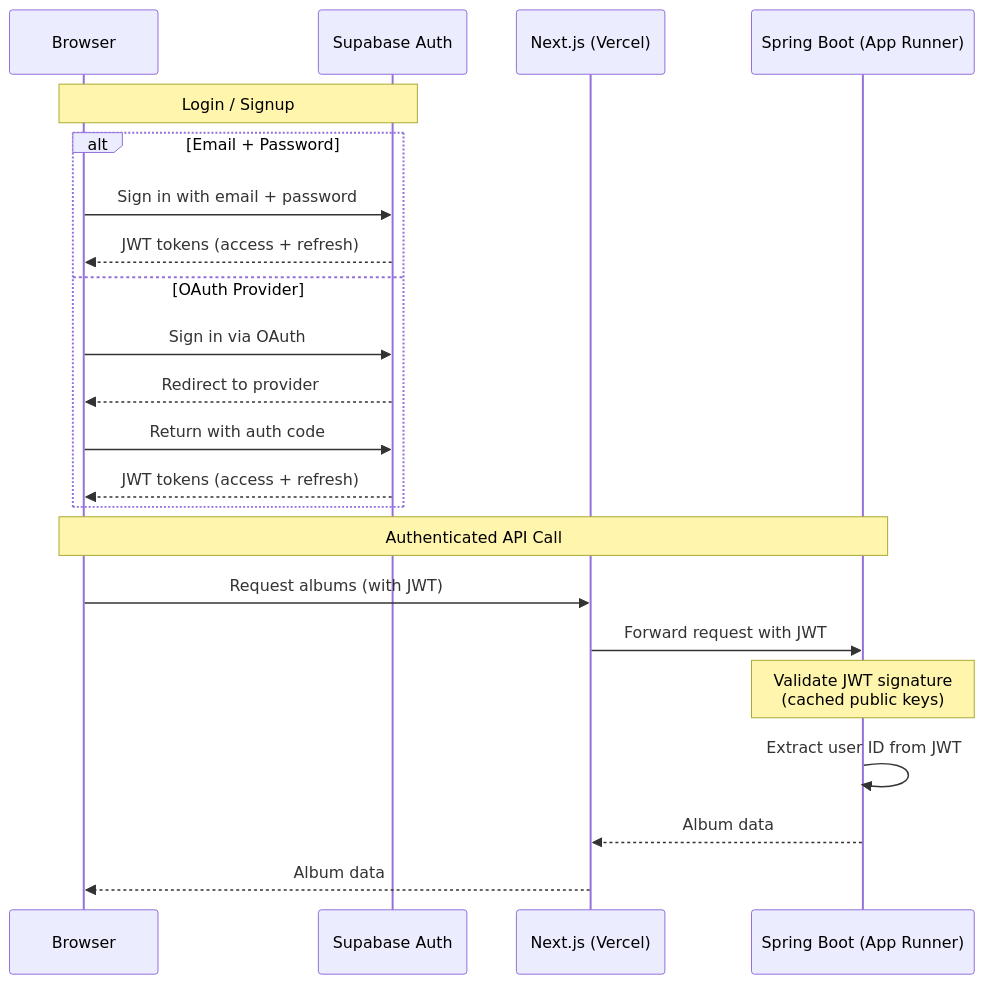
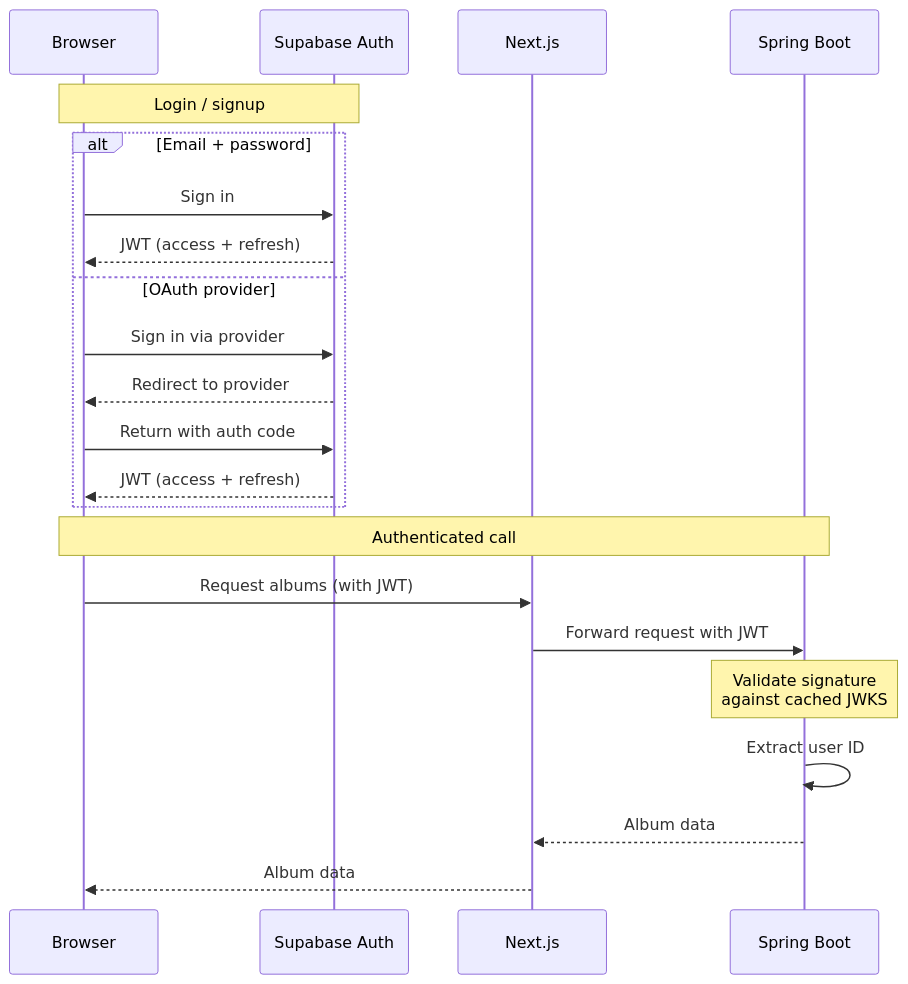
Before and after one commit to Shahir-47/grab-pic: the sixth of 7 diagrams in README.md, drawn with Mermaid. The commit also changed other lines of this file and 12 other files, not shown here.

````diff
--- a/README.md
+++ b/README.md
@@ -501,26 +385,26 @@
 ```mermaid
 sequenceDiagram
     participant User as Browser
     participant Supa as Supabase Auth
-    participant Next as Next.js (Vercel)
-    participant SB as Spring Boot (App Runner)
+    participant Next as Next.js
+    participant SB as Spring Boot
 
-    Note over User,Supa: Login / Signup
-    alt Email + Password
-        User->>Supa: Sign in with email + password
-        Supa-->>User: JWT tokens (access + refresh)
-    else OAuth Provider
-        User->>Supa: Sign in via OAuth
+    Note over User,Supa: Login / signup
+    alt Email + password
+        User->>Supa: Sign in
+        Supa-->>User: JWT (access + refresh)
+    else OAuth provider
+        User->>Supa: Sign in via provider
         Supa-->>User: Redirect to provider
         User->>Supa: Return with auth code
-        Supa-->>User: JWT tokens (access + refresh)
+        Supa-->>User: JWT (access + refresh)
     end
 
-    Note over User,SB: Authenticated API Call
+    Note over User,SB: Authenticated call
     User->>Next: Request albums (with JWT)
     Next->>SB: Forward request with JWT
-    Note over SB: Validate JWT signature<br>(cached public keys)
-    SB->>SB: Extract user ID from JWT
+    Note over SB: Validate signature<br>against cached JWKS
+    SB->>SB: Extract user ID
     SB-->>Next: Album data
     Next-->>User: Album data
 ```
````
